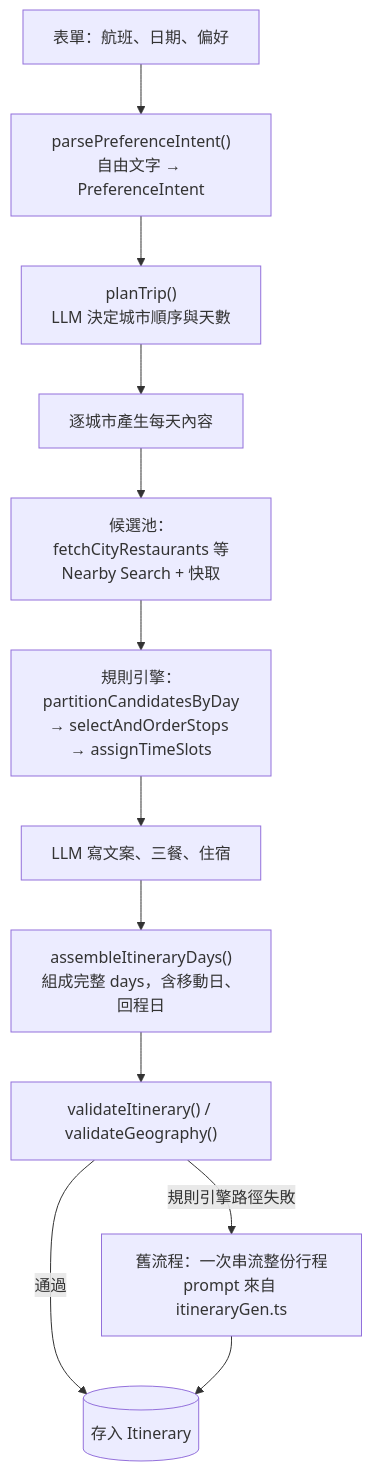
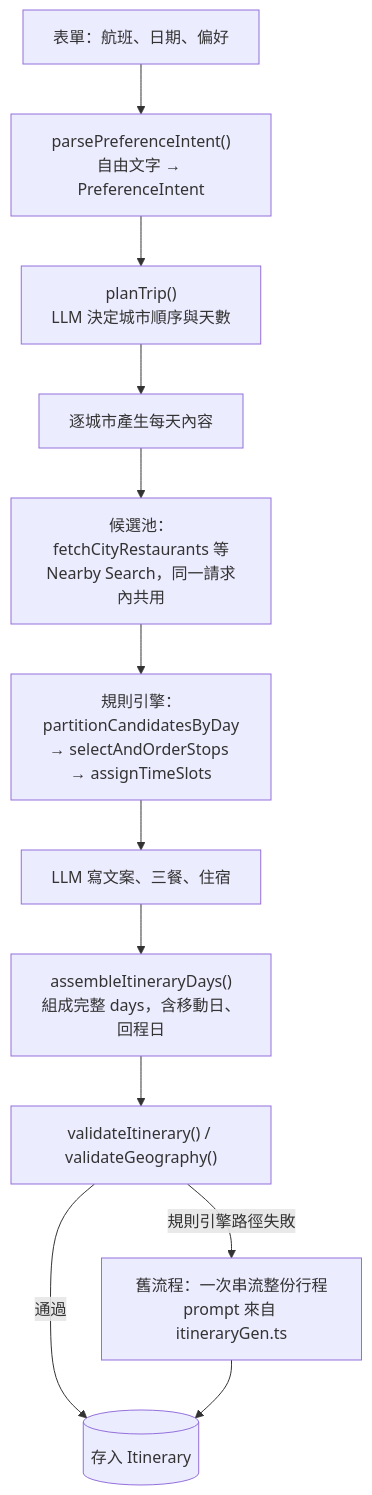
Before and after one commit to wanyiyeh/ai-travel-agent: the second of 2 diagrams in docs/architecture.md, drawn with Mermaid. The commit also changed other lines of this file and 2 other files, not shown here.

````diff
--- a/docs/architecture.md
+++ b/docs/architecture.md
@@ -28,14 +28,14 @@
 ```mermaid
 flowchart TD
   A[表單：航班、日期、偏好] --> B["parsePreferenceIntent()<br/>自由文字 → PreferenceIntent"]
   B --> C["planTrip()<br/>LLM 決定城市順序與天數"]
   C --> D[逐城市產生每天內容]
-  D --> D1[候選池：fetchCityRestaurants 等<br/>Nearby Search + 快取]
+  D --> D1[候選池：fetchCityRestaurants 等<br/>Nearby Search，同一請求內共用]
   D1 --> D2["規則引擎：partitionCandidatesByDay<br/>→ selectAndOrderStops → assignTimeSlots"]
   D2 --> D3[LLM 寫文案、三餐、住宿]
   D3 --> E["assembleItineraryDays()<br/>組成完整 days，含移動日、回程日"]
   E --> F["validateItinerary() / validateGeography()"]
   F -->|通過| G[(存入 Itinerary)]
   F -->|規則引擎路徑失敗| H["舊流程：一次串流整份行程<br/>prompt 來自 itineraryGen.ts"]
   H --> G
 ```
````
